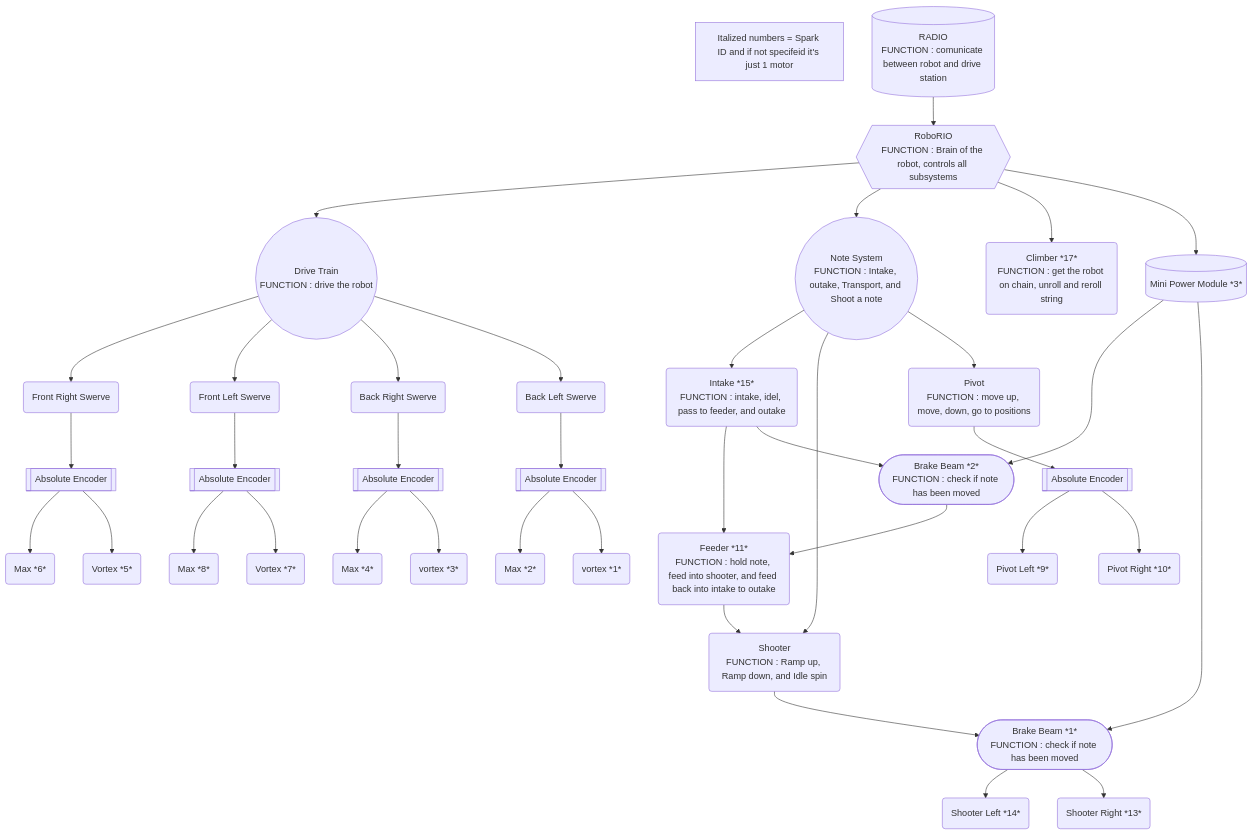
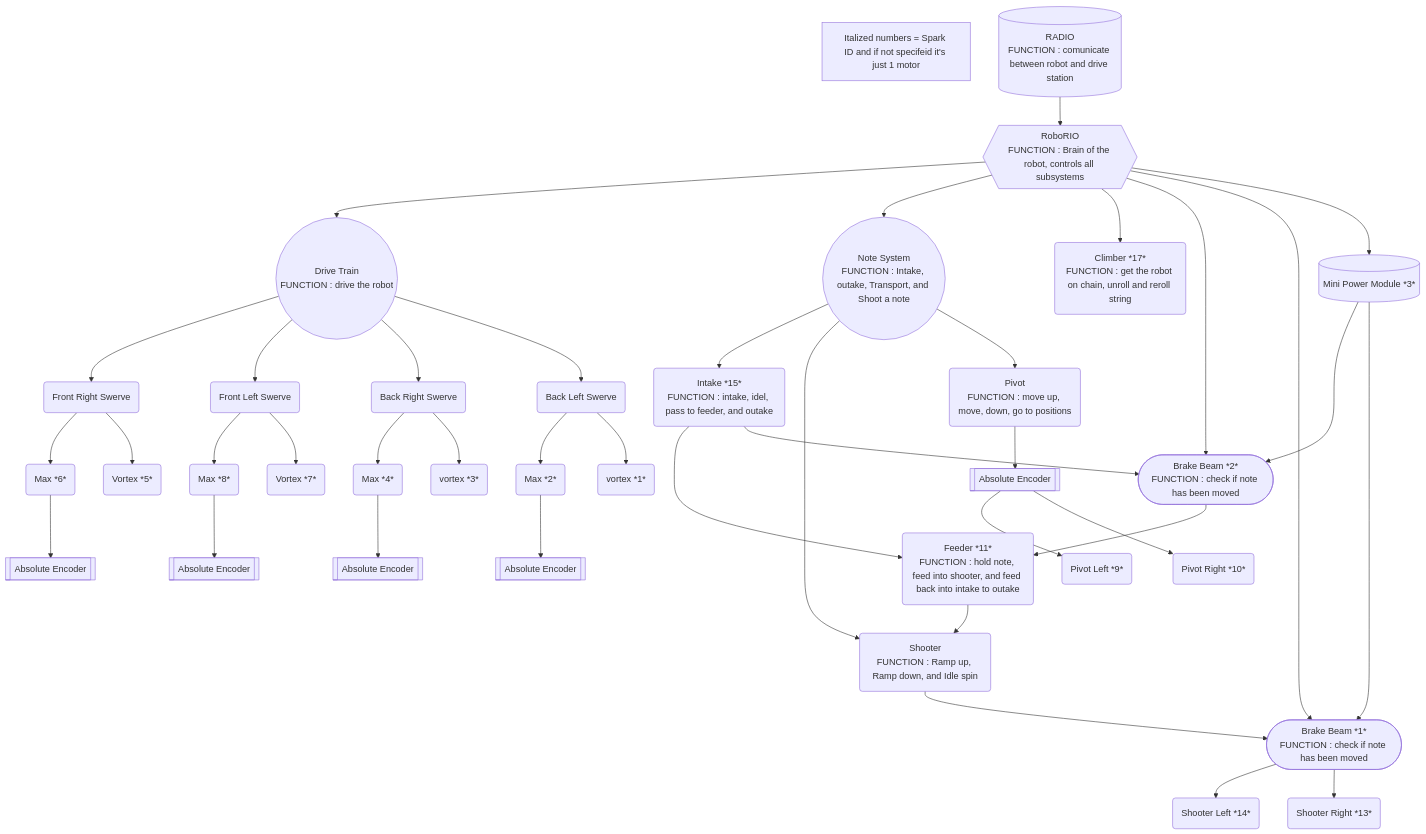
One commit to richardson-area-wide-robotics/FRC24-Crescendo-Offseason changed the diagram in tony_graphs.md. Above: the diagram before and after it, drawn with Mermaid.

````diff
--- a/tony_graphs.md
+++ b/tony_graphs.md
@@ -1,50 +1,52 @@
 ```mermaid
 graph TD;
     A{{RoboRIO
 FUNCTION : Brain of the robot, controls all subsystems}}-->2;
     2((Drive Train
 FUNCTION : drive the robot ));
     A-->3((Note System
 FUNCTION : Intake, outake, Transport, and Shoot a note));
     3-->B(Intake *15*
 FUNCTION : intake, idel, pass to feeder, and outake);
     3-->c(Shooter
 FUNCTION : Ramp up, Ramp down, and Idle spin);
     12-->s(Shooter Left *14*);
     12-->t(Shooter Right *13*);
     A-->d(Climber *17*
 FUNCTION : get the robot on chain, unroll and reroll string);
     B-->e(Feeder *11*
 FUNCTION : hold note, feed into shooter, and feed back into intake to outake)-->c;
     3-->f(Pivot
 FUNCTION : move up, move, down, go to positions);
     9-->u(Pivot Left *9*)
     9-->v(Pivot Right *10*)
     2-->g(Front Right Swerve);
     2-->h(Front Left Swerve);
     2-->i(Back Right Swerve);
     2-->j(Back Left Swerve);
-    5-->k(Max *6*);
-    6-->l(Max *8*);
-    7-->m(Max *4*);
-    8-->n(Max *2*);
-    5-->o(Vortex *5*);
-    6-->p(Vortex *7*);
-    7-->q(vortex *3*);
-    8-->r(vortex *1*);
-    g-->5[[Absolute Encoder]];
-    h-->6[[Absolute Encoder]];
-    i-->7[[Absolute Encoder]];
-    j-->8[[Absolute Encoder]];
+    g-->k(Max *6*);
+    h-->l(Max *8*);
+    i-->m(Max *4*);
+    j-->n(Max *2*);
+    g-->o(Vortex *5*);
+    h-->p(Vortex *7*);
+    i-->q(vortex *3*);
+    j-->r(vortex *1*);
+    k-->5[[Absolute Encoder]];
+    l-->6[[Absolute Encoder]];
+    m-->7[[Absolute Encoder]];
+    n-->8[[Absolute Encoder]];
     f-->9[[Absolute Encoder]];
     15--->11
+    A-->11
     B-->11([Brake Beam *2*
 FUNCTION : check if note has been moved])-->e;
+    A-->12
     c-->12([Brake Beam *1*
 FUNCTION : check if note has been moved]);
     A-->15[(Mini Power Module *3*)]-->12;
     25[Italized numbers = Spark ID and if not specifeid it's just 1 motor];
     75[(RADIO
 FUNCTION : comunicate between robot and drive station)]-->A;
 
 ```
````
